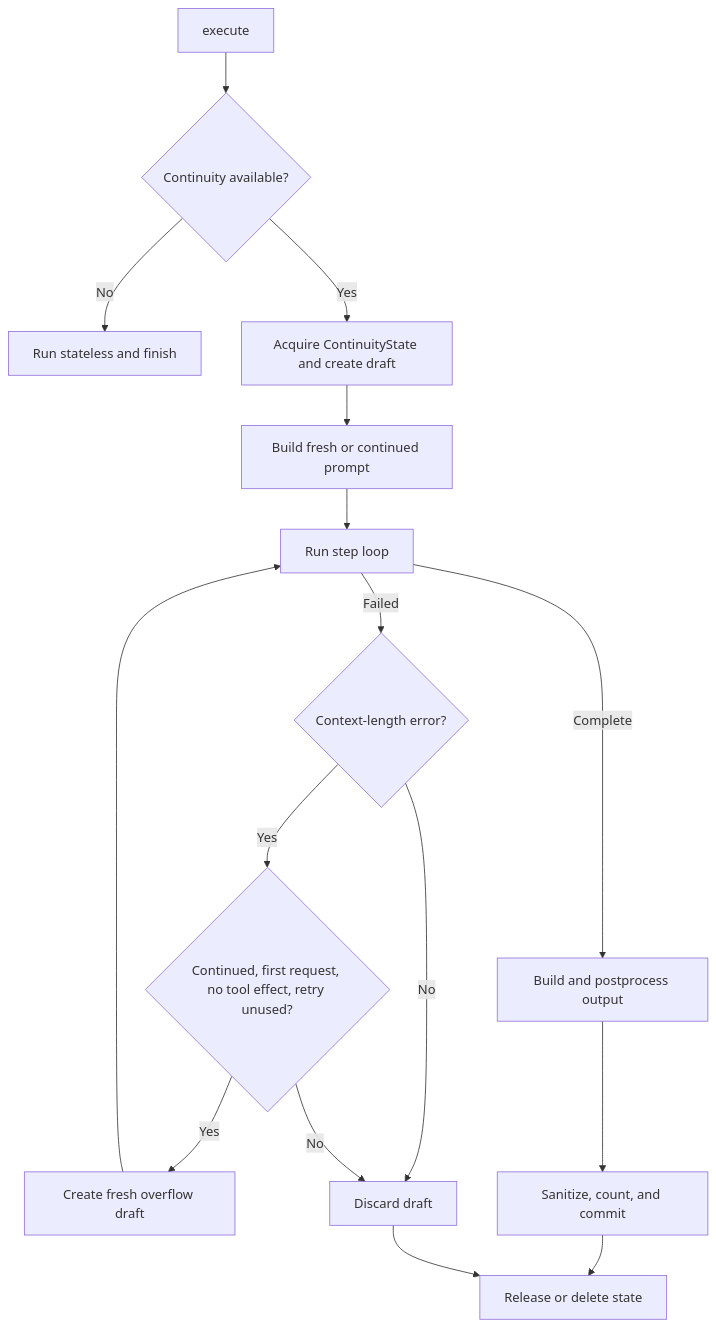
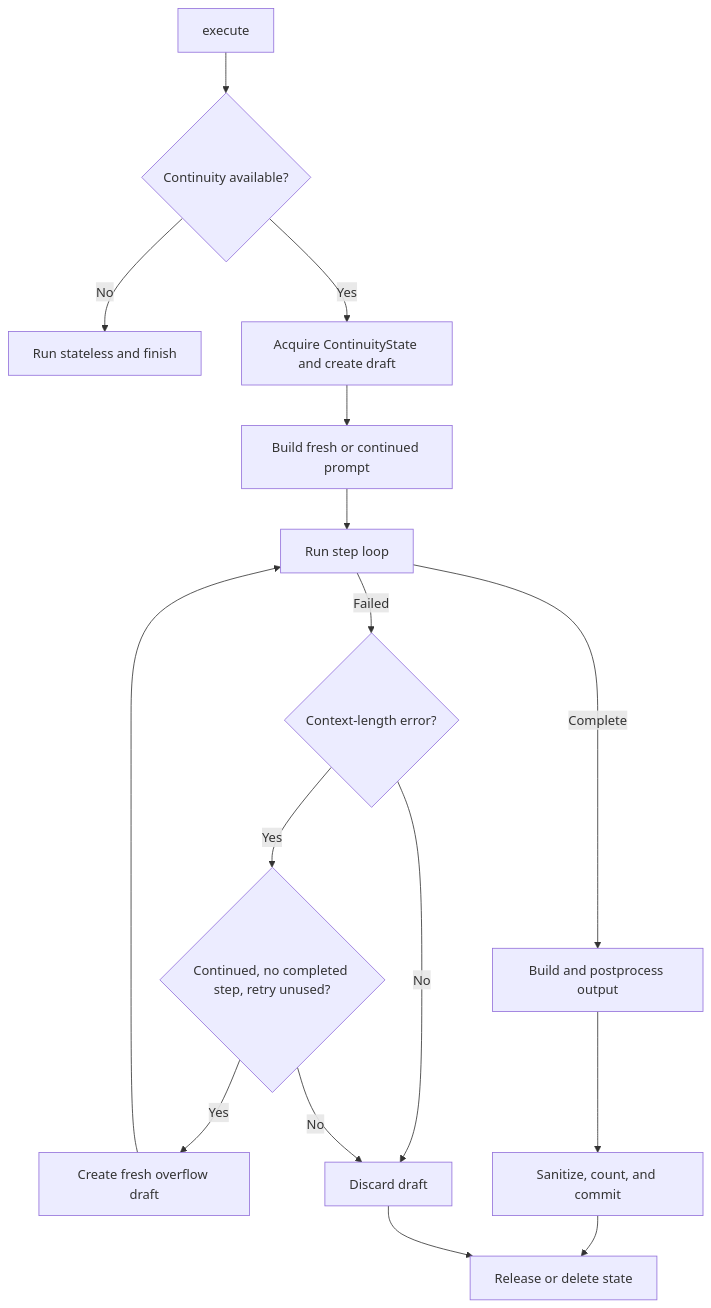
Before and after one commit to vox-deorum/vox-deorum: the second of 3 diagrams in docs/plans/context-continuity.md, drawn with Mermaid. The commit also changed other lines of this file, not shown here.

````diff
--- a/docs/plans/context-continuity.md
+++ b/docs/plans/context-continuity.md
@@ -195,26 +207,27 @@
 ```mermaid
 flowchart TD
     Start[execute]
     Mode{Continuity available?}
     Stateless[Run stateless and finish]
     Draft[Acquire ContinuityState and create draft]
     Build[Build fresh or continued prompt]
     Loop[Run step loop]
     Error{Context-length error?}
-    Retry{Continued, first request, no tool effect, retry unused?}
+    Retry{Continued, no completed step, retry unused?}
     Fresh[Create fresh overflow draft]
     Output[Build and postprocess output]
     Commit[Sanitize, count, and commit]
     Discard[Discard draft]
     Release[Release or delete state]
 
     Start --> Mode
     Mode -- No --> Stateless
     Mode -- Yes --> Draft --> Build --> Loop
     Loop -- Complete --> Output --> Commit --> Release
     Loop -- Failed --> Error
-    Error -- No --> Discard --> Release
+    Error -- No --> Discard
     Error -- Yes --> Retry
     Retry -- Yes --> Fresh --> Loop
     Retry -- No --> Discard
+    Discard --> Release
 ```
````
